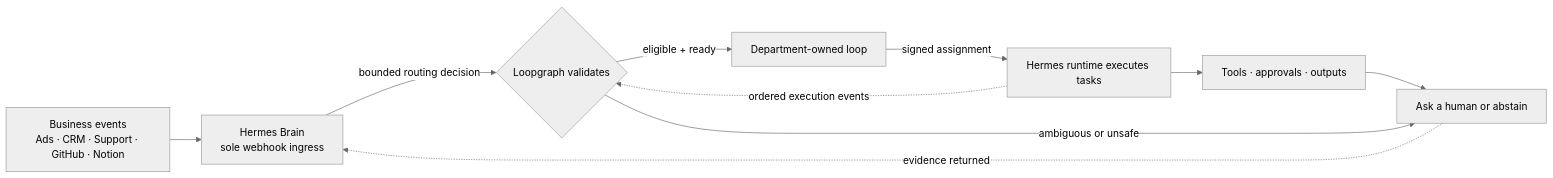
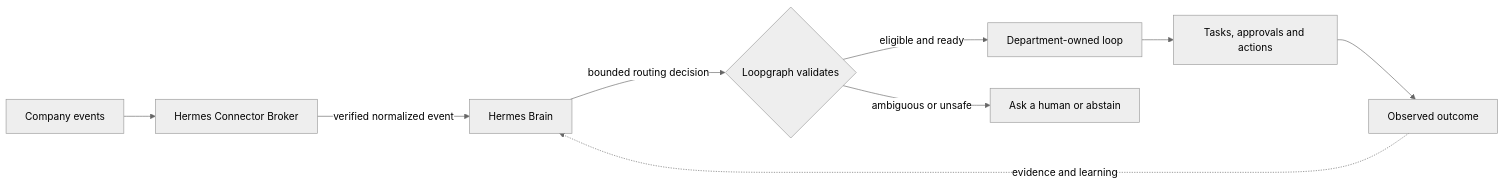
One commit to mrrkrieg/loopgraph changed the diagram in README.md. Above: the diagram before and after it, drawn with Mermaid (neutral theme). The commit also changed other lines of this file, not shown here.

Commit message:
Rewrite README around Hermes company loops

````diff
--- a/README.md
+++ b/README.md
@@ -43,12 +47,11 @@
 ```mermaid
 flowchart LR
-    A["Business events<br/>Ads · CRM · Support · GitHub · Notion"] --> B["Hermes Brain<br/>sole webhook ingress"]
-    B -->|"bounded routing decision"| C{"Loopgraph validates"}
-    C -->|"eligible + ready"| D["Department-owned loop"]
-    D -->|"signed assignment"| E["Hermes runtime executes tasks"]
-    E --> F["Tools · approvals · outputs"]
+    A["Company events"] --> B["Hermes Connector Broker"]
+    B -->|"verified normalized event"| C["Hermes Brain"]
+    C -->|"bounded routing decision"| D{"Loopgraph validates"}
+    D -->|"eligible and ready"| E["Department-owned loop"]
+    D -->|"ambiguous or unsafe"| H["Ask a human or abstain"]
+    E --> F["Tasks, approvals and actions"]
     F --> G["Observed outcome"]
-    E -. "ordered execution events" .-> C
-    G -. "evidence returned" .-> B
-    C -->|"ambiguous or unsafe"| G["Ask a human or abstain"]
+    G -. "evidence and learning" .-> C
 ```
````
